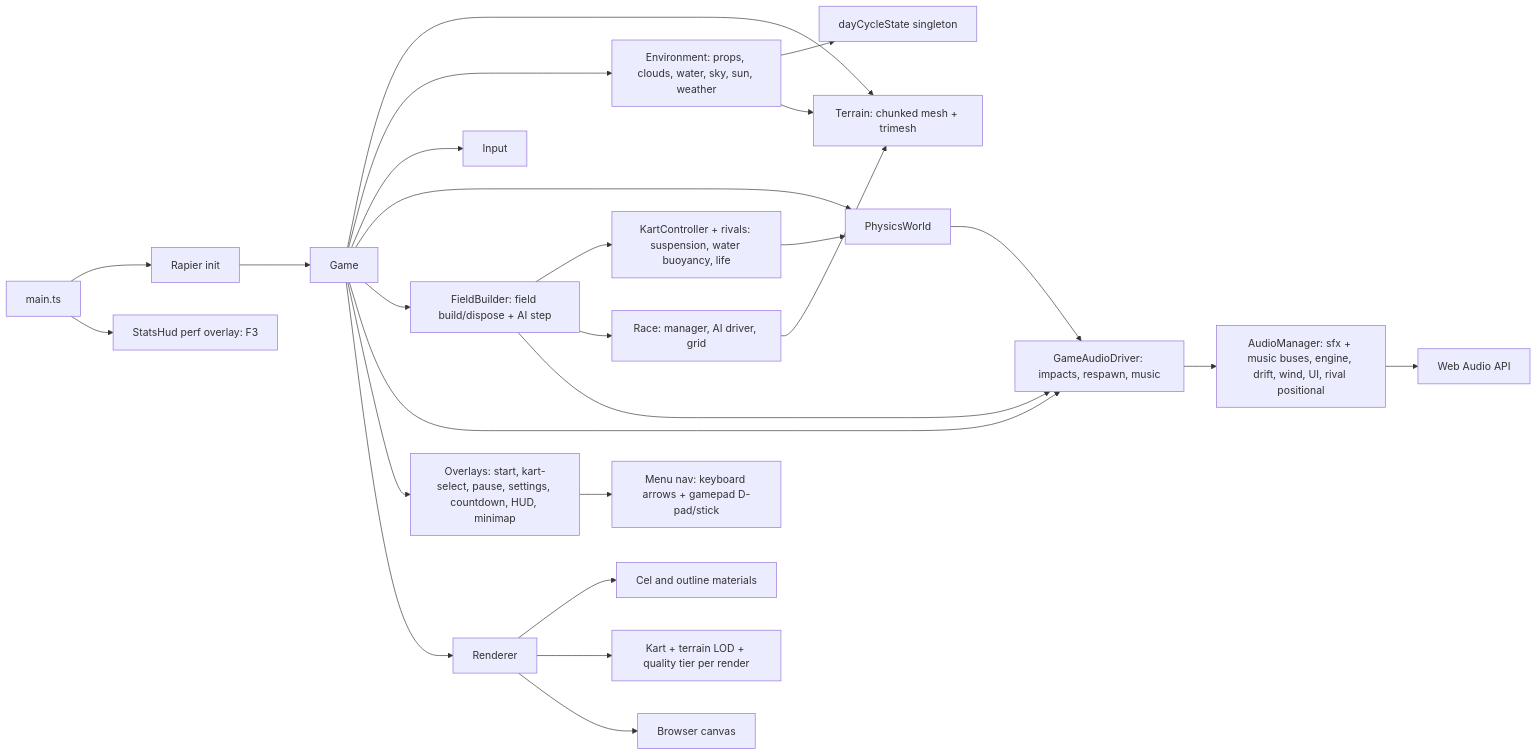
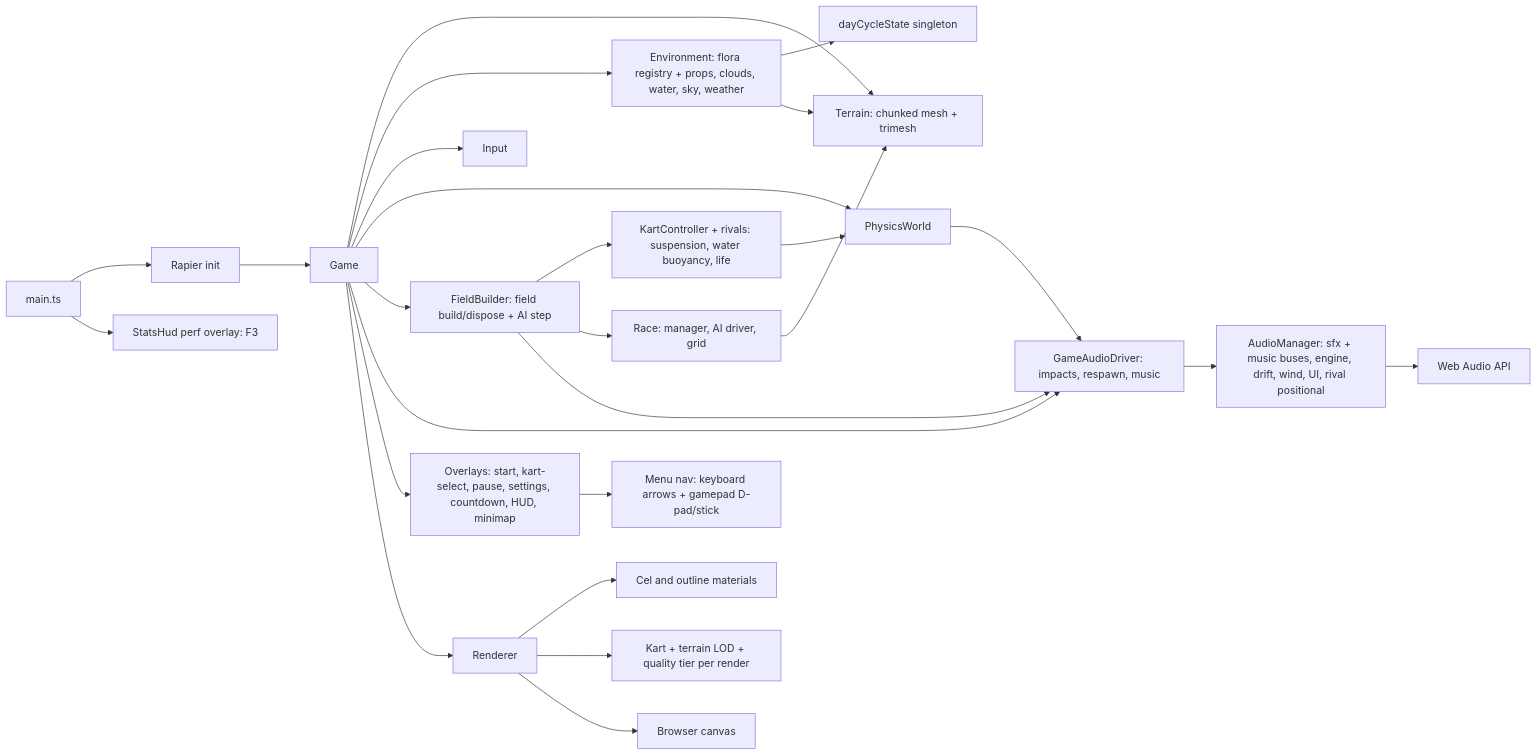
Before and after one commit to jjgroenendijk/cart-game: the diagram in AGENTS.md, drawn with Mermaid. The commit also changed 11 other files, not shown here.

````diff
--- a/AGENTS.md
+++ b/AGENTS.md
@@ -24,28 +24,28 @@
 ```mermaid
 flowchart LR
   main[main.ts] --> rapier[Rapier init]
   rapier --> game[Game]
   game --> terrain[Terrain: chunked mesh + trimesh]
-  game --> env[Environment: props, clouds, water, sky, sun, weather]
+  game --> env[Environment: flora registry + props, clouds, water, sky, weather]
   env --> dayCycle[dayCycleState singleton]
   env --> terrain
   game --> input[Input]
   game --> physics[PhysicsWorld]
   game --> field[FieldBuilder: field build/dispose + AI step]
   field --> kart[KartController + rivals: suspension, water buoyancy, life]
   field --> race[Race: manager, AI driver, grid]
   kart --> physics
   race --> terrain
   game --> gameAudio[GameAudioDriver: impacts, respawn, music]
   field --> gameAudio
   physics --> gameAudio
   gameAudio --> audio[AudioManager: sfx + music buses, engine, drift, wind, UI, rival positional]
   audio --> webaudio[Web Audio API]
   game --> ui[Overlays: start, kart-select, pause, settings, countdown, HUD, minimap]
   ui --> menuNav[Menu nav: keyboard arrows + gamepad D-pad/stick]
   game --> renderer[Renderer]
   renderer --> materials[Cel and outline materials]
   renderer --> lod[Kart + terrain LOD + quality tier per render]
   renderer --> canvas[Browser canvas]
   main --> statsHud[StatsHud perf overlay: F3]
 ```
````
